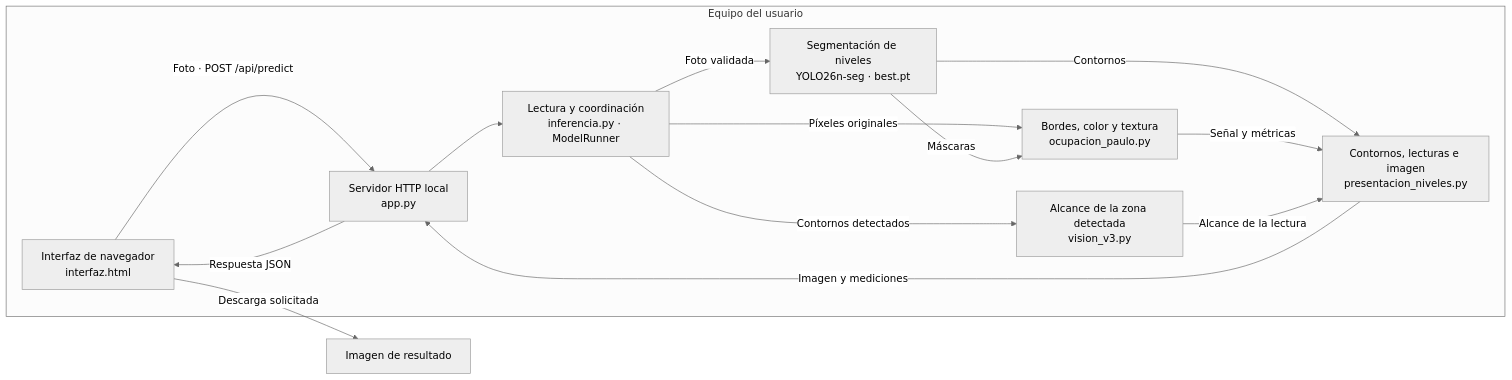
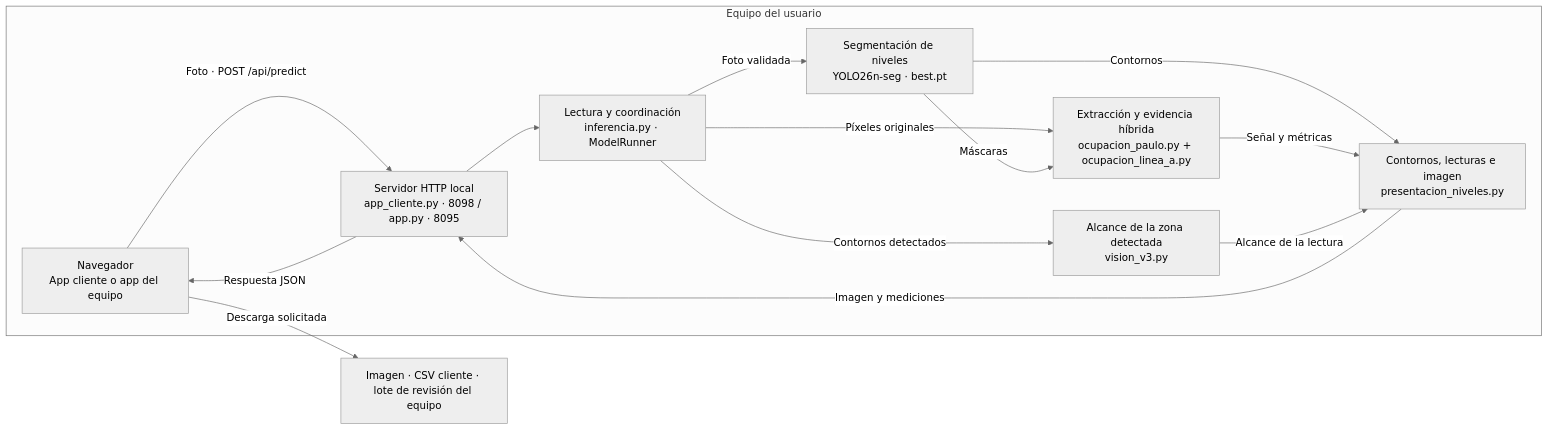
One commit to vcanio/Capstone2026 changed the second of 2 diagrams in README.md. Above: the diagram before and after it, drawn with Mermaid (neutral theme). The commit also changed other lines of this file, not shown here.

Commit message:
Actualizar README al estado de cliente, equipo y Linea A

````diff
--- a/README.md
+++ b/README.md
@@ -240,24 +232,24 @@
 ```mermaid
 flowchart LR
     subgraph Equipo["Equipo del usuario"]
-        UI["Interfaz de navegador<br/>interfaz.html"]
-        API["Servidor HTTP local<br/>app.py"]
+        UI["Navegador<br/>App cliente o app del equipo"]
+        API["Servidor HTTP local<br/>app_cliente.py · 8098 / app.py · 8095"]
         RUN["Lectura y coordinación<br/>inferencia.py · ModelRunner"]
         MODEL["Segmentación de niveles<br/>YOLO26n-seg · best.pt"]
-        SIGNAL["Bordes, color y textura<br/>ocupacion_paulo.py"]
+        SIGNAL["Extracción y evidencia híbrida<br/>ocupacion_paulo.py + ocupacion_linea_a.py"]
         SCOPE["Alcance de la zona detectada<br/>vision_v3.py"]
         VIEW["Contornos, lecturas e imagen<br/>presentacion_niveles.py"]
         UI -->|"Foto · POST /api/predict"| API
         API --> RUN
         RUN -->|"Foto validada"| MODEL
         RUN -->|"Píxeles originales"| SIGNAL
         MODEL -->|"Máscaras"| SIGNAL
         MODEL -->|"Contornos"| VIEW
         RUN -->|"Contornos detectados"| SCOPE
         SIGNAL -->|"Señal y métricas"| VIEW
         SCOPE -->|"Alcance de la lectura"| VIEW
         VIEW -->|"Imagen y mediciones"| API
         API -->|"Respuesta JSON"| UI
     end
-    UI -->|"Descarga solicitada"| OUTPUT["Imagen de resultado"]
+    UI -->|"Descarga solicitada"| OUTPUT["Imagen · CSV cliente · lote de revisión del equipo"]
 ```
````
